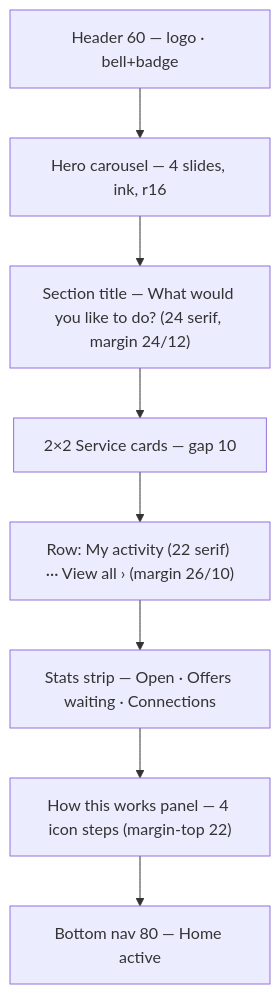
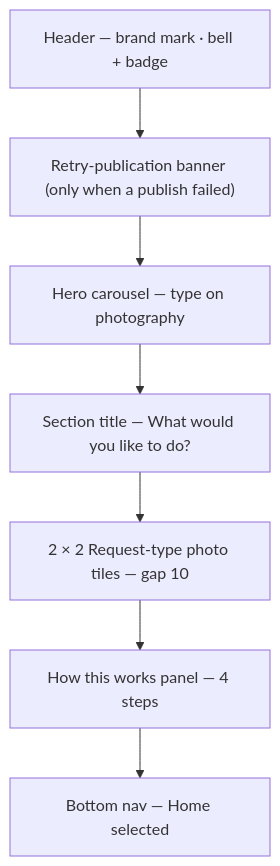
One commit to shabibmr/karat-hive changed the first of 2 diagrams in apps/kh_mobile/karat_hive/docs/UI-Design-Context.md. Above: the diagram before and after it, drawn with Mermaid. The commit also changed other lines of this file and 9 other files, not shown here.

````diff
--- a/apps/kh_mobile/karat_hive/docs/UI-Design-Context.md
+++ b/apps/kh_mobile/karat_hive/docs/UI-Design-Context.md
@@ -496,10 +525,9 @@
 ```mermaid
 flowchart TB
-  H["Header 60 — logo · bell+badge"] --> C["Hero carousel — 4 slides, ink, r16"]
-  C --> S1["Section title — What would you like to do? (24 serif, margin 24/12)"]
-  S1 --> G["2×2 Service cards — gap 10"]
-  G --> A["Row: My activity (22 serif) ··· View all › (margin 26/10)"]
-  A --> ST["Stats strip — Open · Offers waiting · Connections"]
-  ST --> HW["How this works panel — 4 icon steps (margin-top 22)"]
-  HW --> N["Bottom nav 80 — Home active"]
+  H["Header — brand mark · bell + badge"] --> R["Retry-publication banner (only when a publish failed)"]
+  R --> C["Hero carousel — type on photography"]
+  C --> S["Section title — What would you like to do?"]
+  S --> G["2 × 2 Request-type photo tiles — gap 10"]
+  G --> HW["How this works panel — 4 steps"]
+  HW --> N["Bottom nav — Home selected"]
 ```
````
